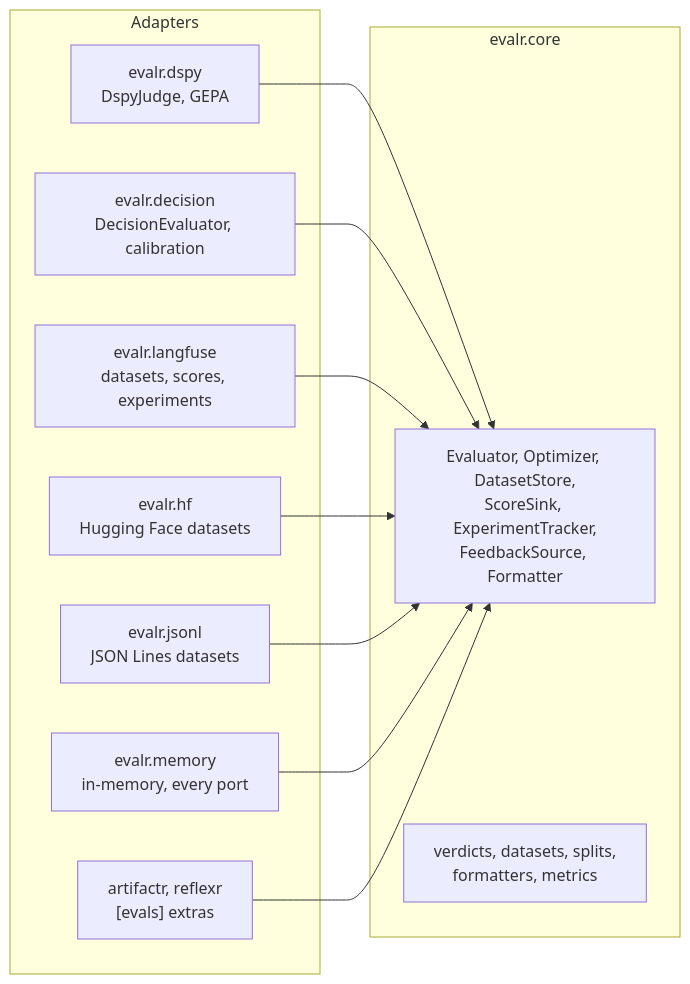
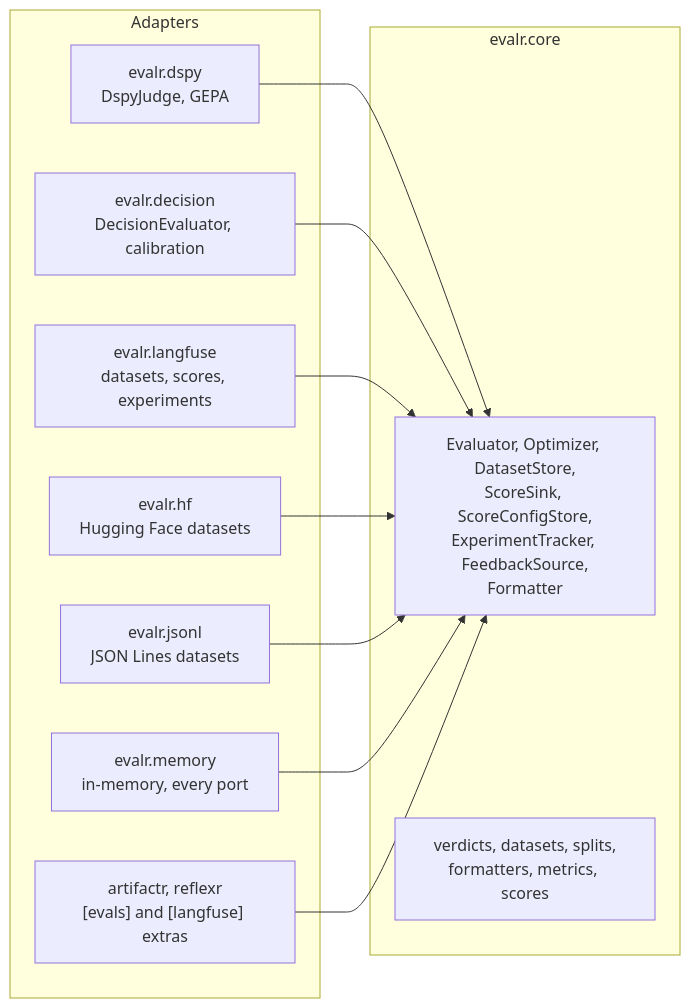
Before and after one commit to alexnodeland/evalr: the diagram in docs/architecture.md, drawn with Mermaid. The commit also changed other lines of this file and 33 other files, not shown here.

First line of the commit message:
feat(core): own the score mapping and ports the libraries share (#32)

````diff
--- a/docs/architecture.md
+++ b/docs/architecture.md
@@ -39,23 +39,23 @@
 ```mermaid
 graph LR
     subgraph adapters["Adapters"]
         dspy["evalr.dspy<br/>DspyJudge, GEPA"]
         decision["evalr.decision<br/>DecisionEvaluator, calibration"]
         langfuse["evalr.langfuse<br/>datasets, scores, experiments"]
         hf["evalr.hf<br/>Hugging Face datasets"]
         jsonl["evalr.jsonl<br/>JSON Lines datasets"]
         memory["evalr.memory<br/>in-memory, every port"]
-        libs["artifactr, reflexr<br/>[evals] extras"]
+        libs["artifactr, reflexr<br/>[evals] and [langfuse] extras"]
     end
     subgraph core["evalr.core"]
-        ports["Evaluator, Optimizer, DatasetStore,<br/>ScoreSink, ExperimentTracker,<br/>FeedbackSource, Formatter"]
-        values["verdicts, datasets, splits,<br/>formatters, metrics"]
+        ports["Evaluator, Optimizer, DatasetStore,<br/>ScoreSink, ScoreConfigStore,<br/>ExperimentTracker, FeedbackSource,<br/>Formatter"]
+        values["verdicts, datasets, splits,<br/>formatters, metrics, scores"]
     end
     dspy --> ports
     decision --> ports
     langfuse --> ports
     hf --> ports
     jsonl --> ports
     memory --> ports
     libs --> ports
 ```
````
